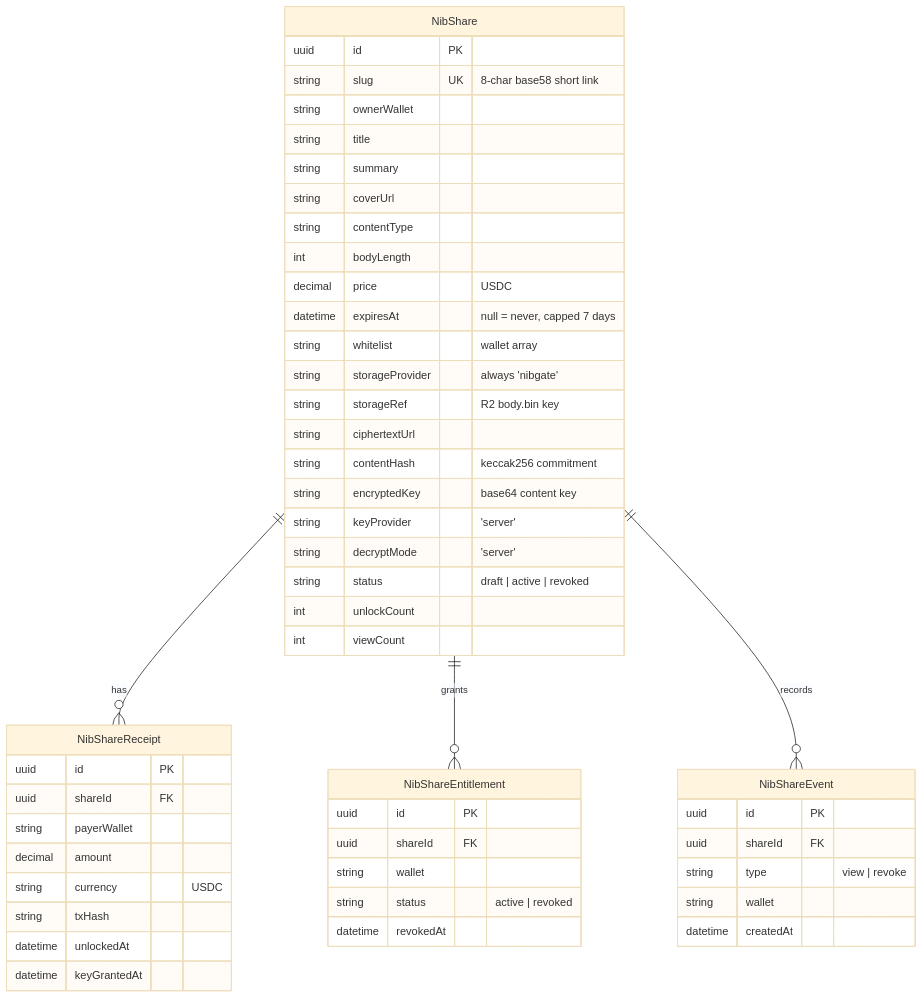
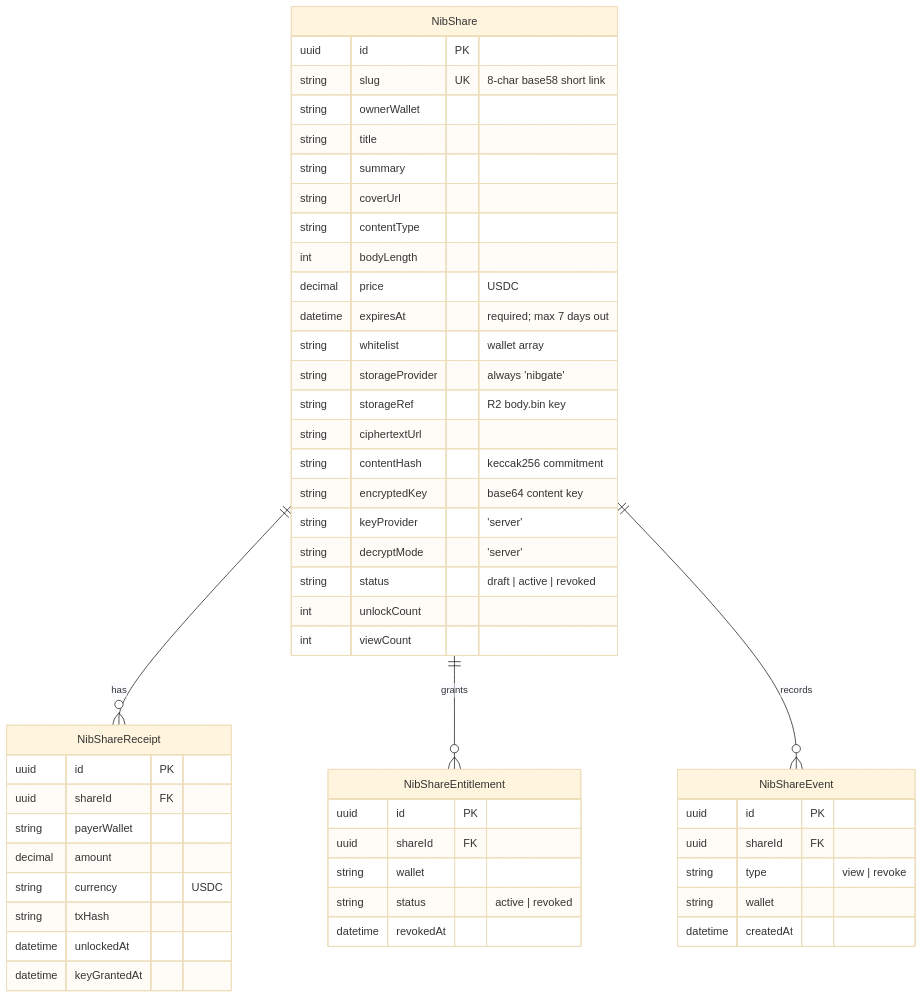
Before and after one commit to fortunesayspump/nibgate: the sixth of 6 diagrams in docs/src/app/nibshare/page.mdx, drawn with Mermaid (base theme). The commit also changed other lines of this file and 5 other files, not shown here.

Commit message:
feat(nibshare): make expiry compulsory (max 7 days); update docs

````diff
--- a/docs/src/app/nibshare/page.mdx
+++ b/docs/src/app/nibshare/page.mdx
@@ -288,54 +288,54 @@
 ```mermaid
 erDiagram
     NibShare ||--o{ NibShareReceipt : "has"
     NibShare ||--o{ NibShareEntitlement : "grants"
     NibShare ||--o{ NibShareEvent : "records"
 
     NibShare {
         uuid id PK
         string slug UK "8-char base58 short link"
         string ownerWallet
         string title
         string summary
         string coverUrl
         string contentType
         int bodyLength
         decimal price "USDC"
-        datetime expiresAt "null = never, capped 7 days"
+        datetime expiresAt "required; max 7 days out"
         string whitelist "wallet array"
         string storageProvider "always 'nibgate'"
         string storageRef "R2 body.bin key"
         string ciphertextUrl
         string contentHash "keccak256 commitment"
         string encryptedKey "base64 content key"
         string keyProvider "'server'"
         string decryptMode "'server'"
         string status "draft | active | revoked"
         int unlockCount
         int viewCount
     }
     NibShareReceipt {
         uuid id PK
         uuid shareId FK
         string payerWallet
         decimal amount
         string currency "USDC"
         string txHash
         datetime unlockedAt
         datetime keyGrantedAt
     }
     NibShareEntitlement {
         uuid id PK
         uuid shareId FK
         string wallet
         string status "active | revoked"
         datetime revokedAt
     }
     NibShareEvent {
         uuid id PK
         uuid shareId FK
         string type "view | revoke"
         string wallet
         datetime createdAt
     }
 ```
````
